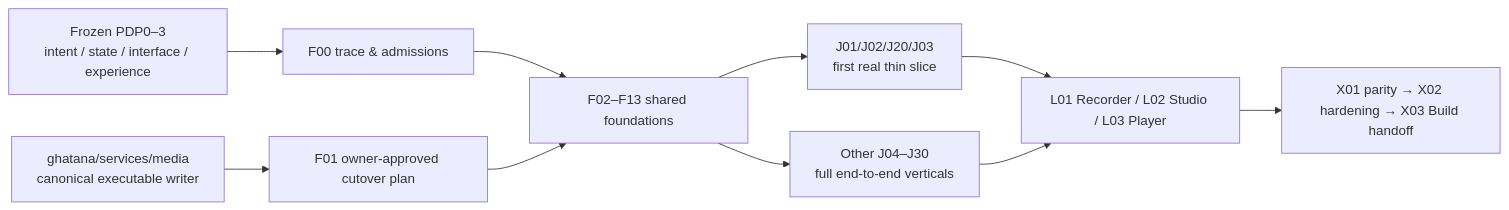
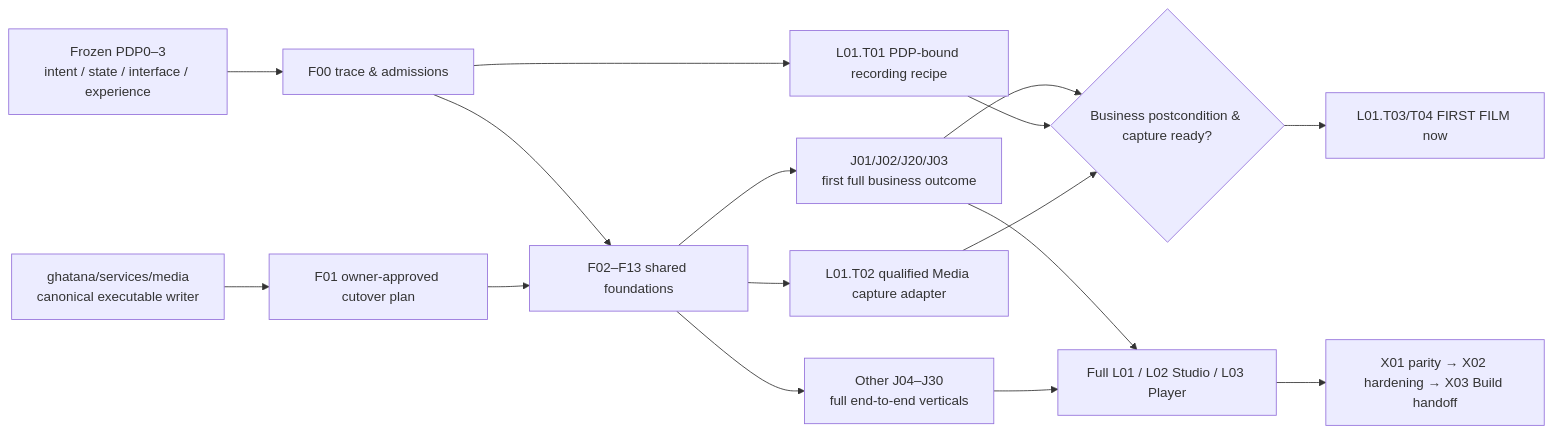
Before and after one commit to samujjwal/ghatana-media: the first of 2 diagrams in docs/implementation/MEDIA-BUILD-IMPLEMENTATION-PLAN.md, drawn with Mermaid. The commit also changed other lines of this file, not shown here.

Commit message:
Parallelize source-bound early recorder with first real Media business vertical

````diff
--- a/docs/implementation/MEDIA-BUILD-IMPLEMENTATION-PLAN.md
+++ b/docs/implementation/MEDIA-BUILD-IMPLEMENTATION-PLAN.md
@@ -41,12 +41,18 @@
 ```mermaid
 flowchart LR
   PDP["Frozen PDP0–3\nintent / state / interface / experience"] --> TRACE["F00 trace & admissions"]
   WRITER["ghatana/services/media\ncanonical executable writer"] --> CUT["F01 owner-approved cutover plan"]
   TRACE --> F["F02–F13 shared foundations"]
   CUT --> F
-  F --> V["J01/J02/J20/J03\nfirst real thin slice"]
+  F --> V["J01/J02/J20/J03\nfirst full business outcome"]
   F --> W["Other J04–J30\nfull end-to-end verticals"]
-  V --> S["L01 Recorder / L02 Studio / L03 Player"]
+  TRACE --> DP["L01.T01 PDP-bound recording recipe"]
+  F --> QA["L01.T02 qualified Media capture adapter"]
+  V --> FIRST{Business postcondition & capture ready?}
+  DP --> FIRST
+  QA --> FIRST
+  FIRST --> REC["L01.T03/T04 FIRST FILM now"]
+  V --> S["Full L01 / L02 Studio / L03 Player"]
   W --> S
   S --> X["X01 parity → X02 hardening → X03 Build handoff"]
 ```
````
